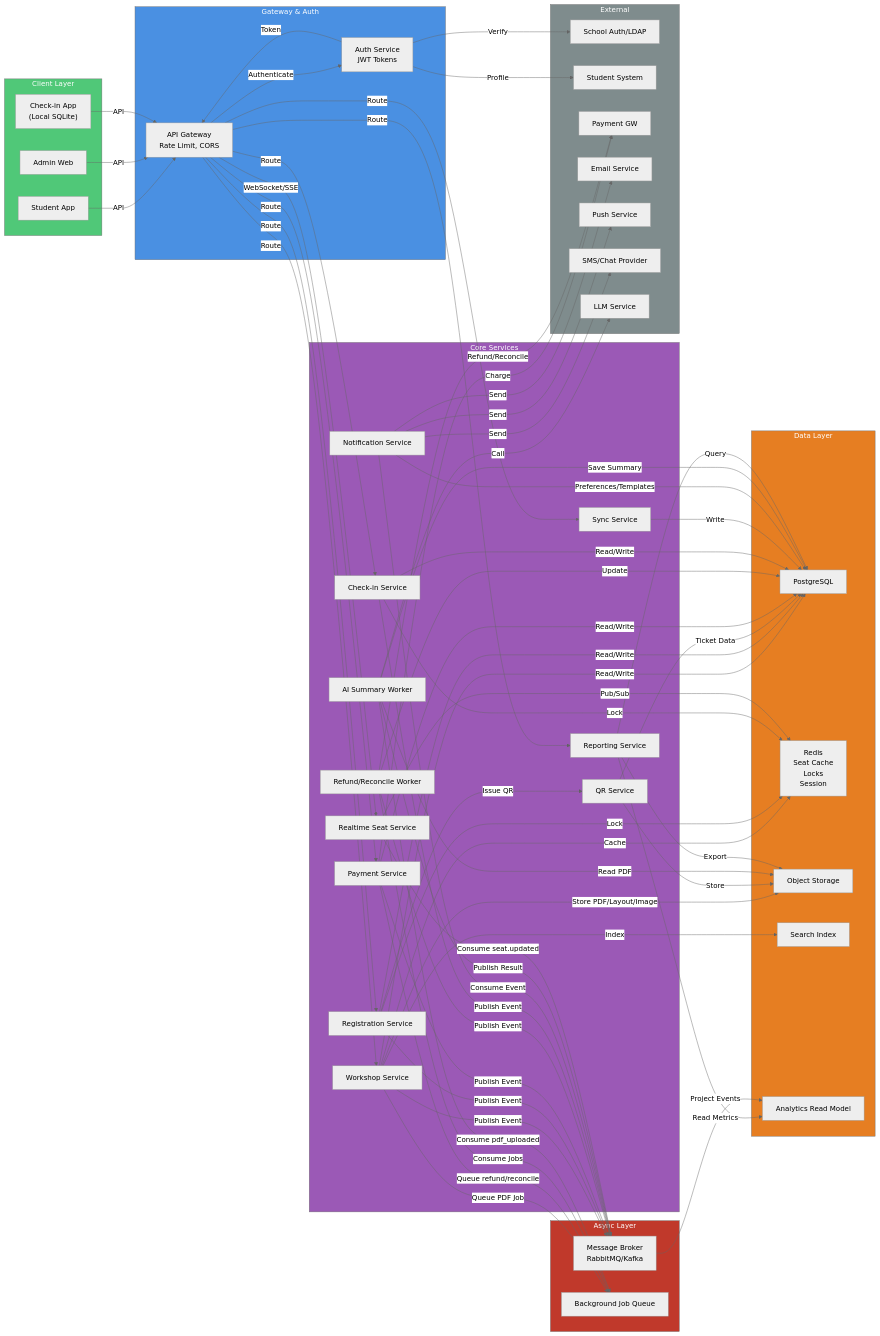
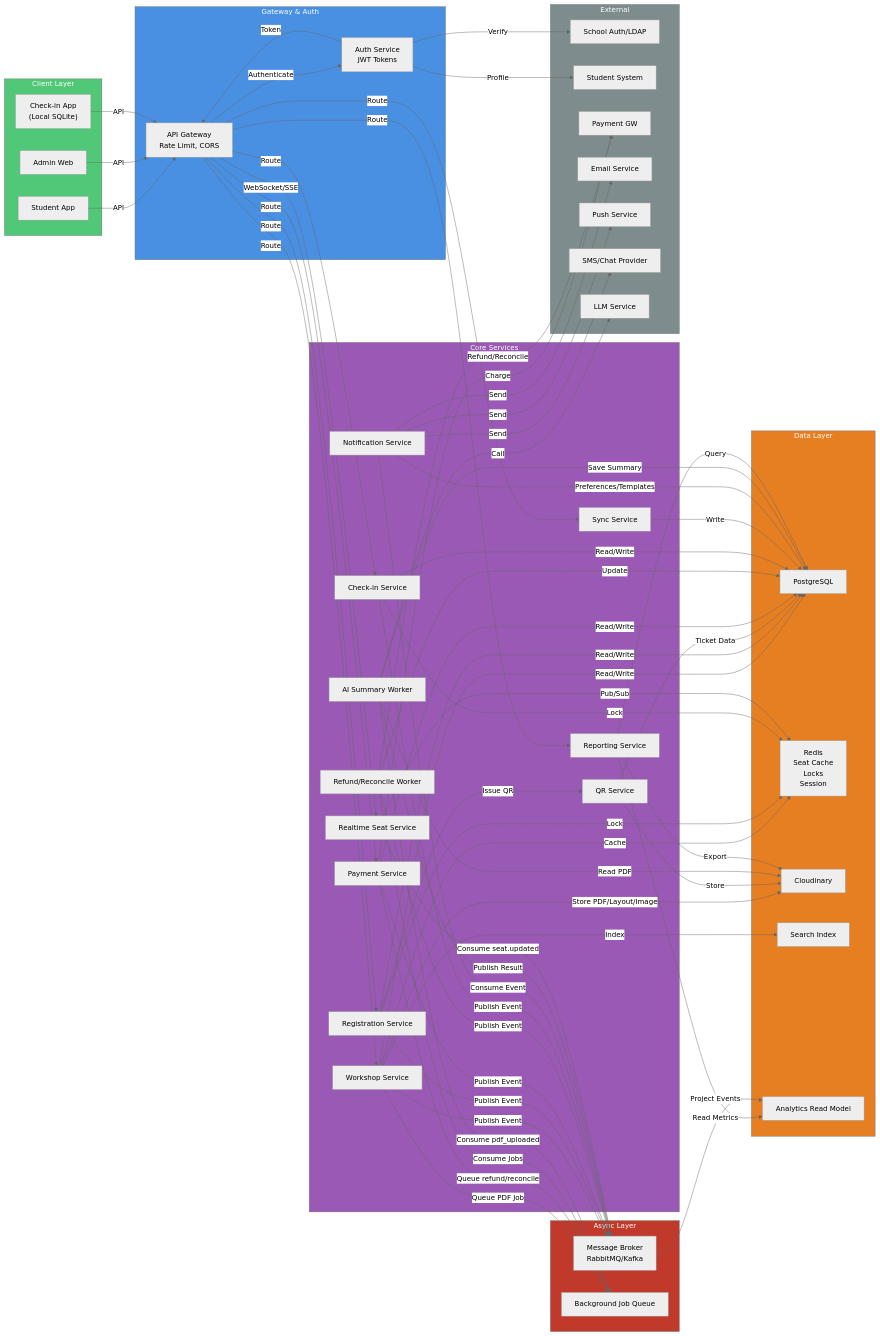
Before and after one commit to khoadanwneee/Software-Design: the third of 13 diagrams in docs/architecture.md, drawn with Mermaid (neutral theme). The commit also changed other lines of this file and 3 other files, not shown here.

First line of the commit message:
docs: replace Object Storage (MinIO/S3) with Cloudinary for file management

```diff
--- a/docs/architecture.md
+++ b/docs/architecture.md
@@ -325,7 +325,7 @@
     subgraph Data["Data Layer"]
         DB["PostgreSQL"]
         Cache["Redis<br/>Seat Cache<br/>Locks<br/>Session"]
-        Storage["Object Storage"]
+        Storage["Cloudinary"]
         Search["Search Index"]
         Metrics["Analytics Read Model"]
     end
```
